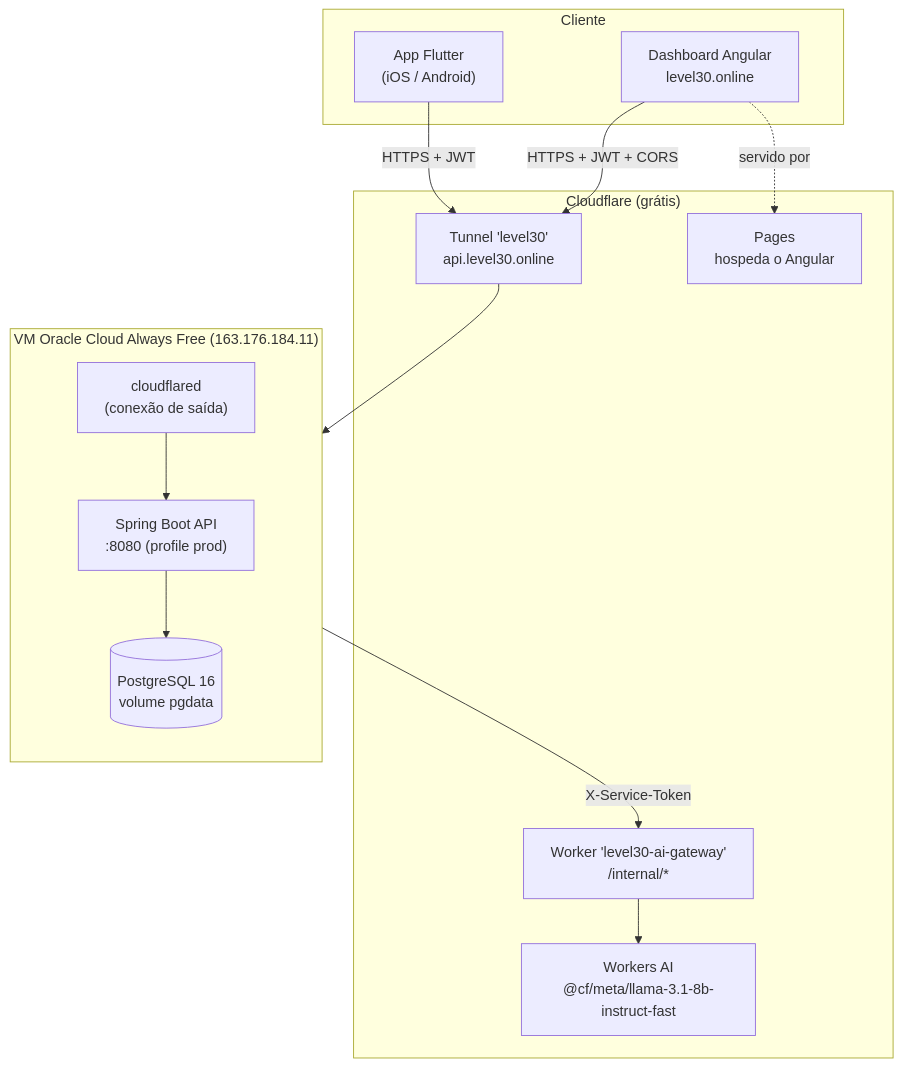
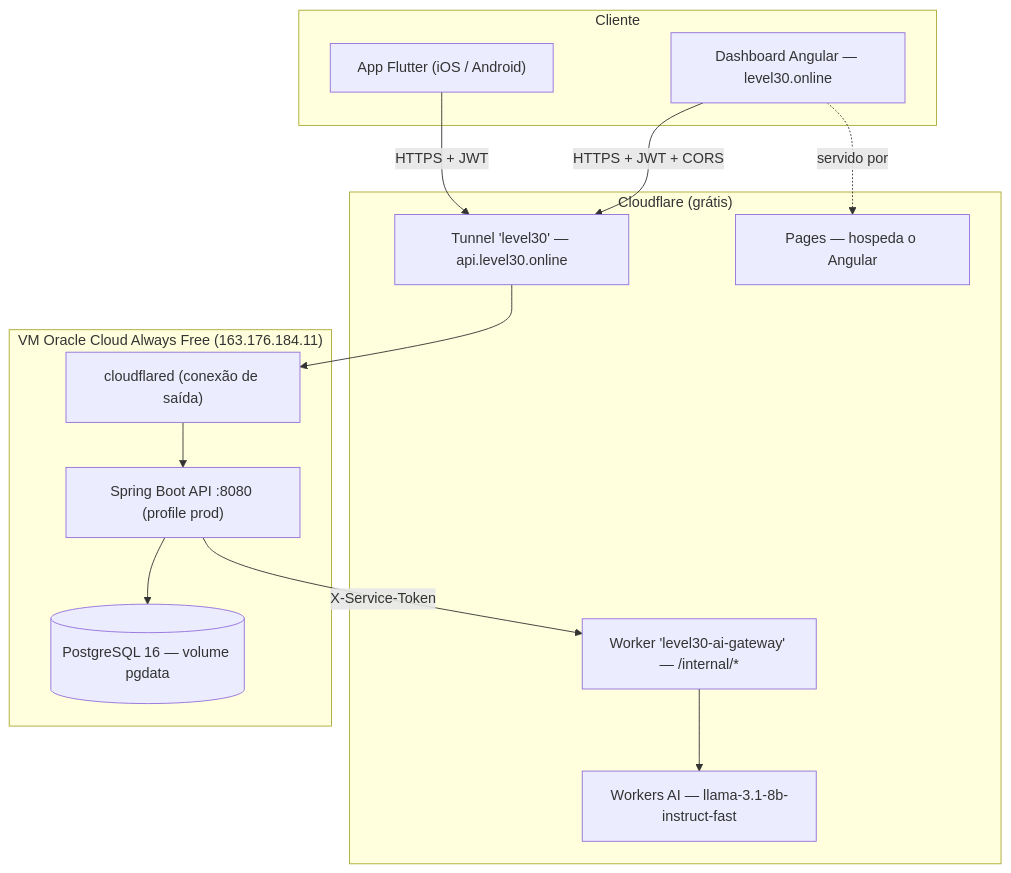
The diagram in VISAO-GERAL.md (omateusborba/Level30-Flutter), drawn with Mermaid before and after one commit. The commit also changed other lines of this file and 155 other files, not shown here.

````diff
--- a/VISAO-GERAL.md
+++ b/VISAO-GERAL.md
@@ -47,28 +58,27 @@
 ```mermaid
 flowchart TD
     subgraph Cliente
-      APP["App Flutter<br/>(iOS / Android)"]
-      DASH["Dashboard Angular<br/>level30.online"]
+      APP["App Flutter (iOS / Android)"]
+      DASH["Dashboard Angular — level30.online"]
     end
 
     subgraph Cloudflare["Cloudflare (grátis)"]
-      PAGES["Pages<br/>hospeda o Angular"]
-      TUNNEL["Tunnel 'level30'<br/>api.level30.online"]
-      WORKER["Worker 'level30-ai-gateway'<br/>/internal/*"]
-      WAI["Workers AI<br/>@cf/meta/llama-3.1-8b-instruct-fast"]
+      PAGES["Pages — hospeda o Angular"]
+      TUNNEL["Tunnel 'level30' — api.level30.online"]
+      WORKER["Worker 'level30-ai-gateway' — /internal/*"]
+      WAI["Workers AI — llama-3.1-8b-instruct-fast"]
     end
 
     subgraph Oracle["VM Oracle Cloud Always Free (163.176.184.11)"]
-      direction TB
-      API["Spring Boot API<br/>:8080 (profile prod)"]
-      PG[("PostgreSQL 16<br/>volume pgdata")]
-      CFD["cloudflared<br/>(conexão de saída)"]
+      API["Spring Boot API :8080 (profile prod)"]
+      PG[("PostgreSQL 16 — volume pgdata")]
+      CFD["cloudflared (conexão de saída)"]
     end
 
     APP -->|HTTPS + JWT| TUNNEL
     DASH -->|HTTPS + JWT + CORS| TUNNEL
     DASH -. servido por .-> PAGES
     TUNNEL --> CFD --> API
     API --> PG
     API -->|X-Service-Token| WORKER --> WAI
 ```
````
